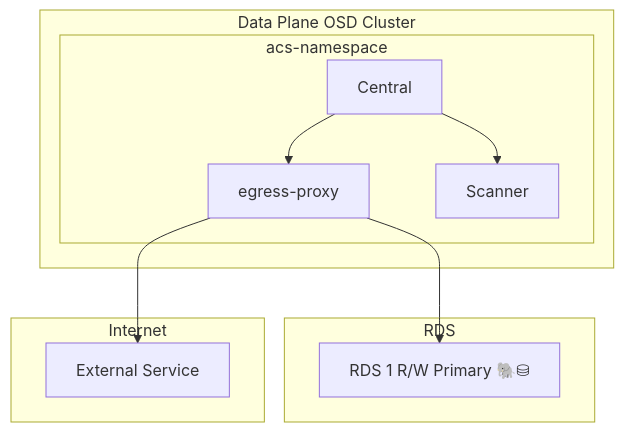
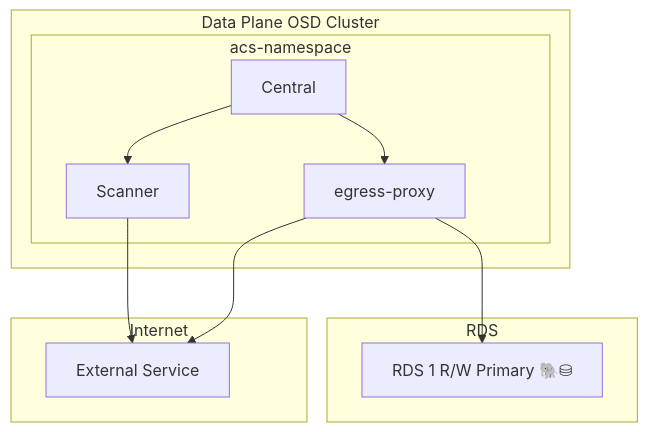
Before and after one commit to stackrox/acs-fleet-manager: the diagram in docs/architecture/images/egress_diagram.md, drawn with Mermaid.

````diff
--- a/docs/architecture/images/egress_diagram.md
+++ b/docs/architecture/images/egress_diagram.md
@@ -1,27 +1,28 @@
 ```mermaid
 
 graph
     direction LR
     subgraph RDS
             acs1rdsp["RDS 1 R/W Primary 🐘⛁"]
     end
 
     subgraph Data Plane OSD Cluster
 
         subgraph acs-namespace
             acs1central[Central]
             acs1egress[egress-proxy]
             acs1scanner[Scanner]
         end
 
         acs1central-->acs1scanner
         acs1central-->acs1egress
         acs1egress-->acs1rdsp
     end
 
     subgraph Internet
         c1s1[External Service]
     end
 
     acs1egress-->c1s1
+    acs1scanner-->c1s1
 ```
````
